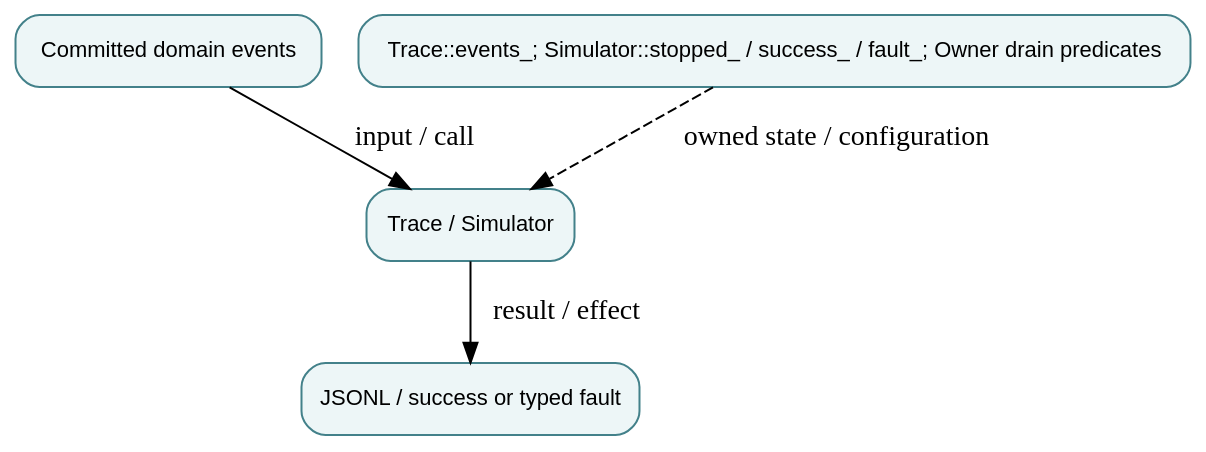
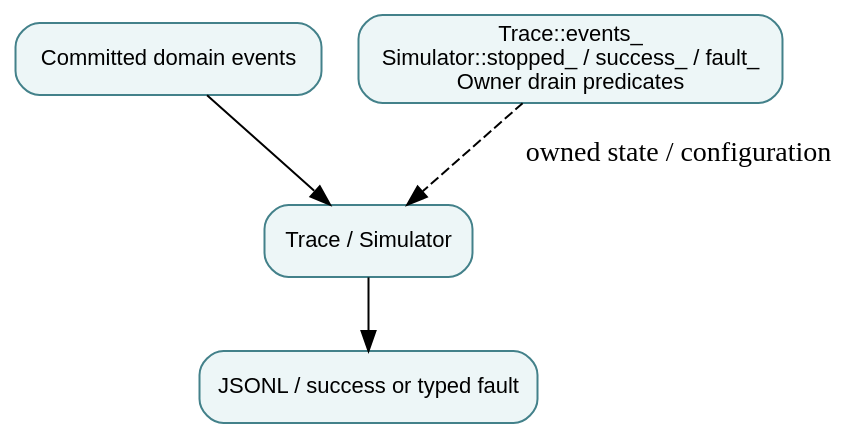
Before and after one commit to qsbit-org/qsbit-sim: the diagram in docs/modules/trace-recorder-and-stop-controller.md, drawn with Graphviz. The commit also changed other lines of this file and 41 other files, not shown here.

````diff
--- a/docs/modules/trace-recorder-and-stop-controller.md
+++ b/docs/modules/trace-recorder-and-stop-controller.md
@@ -17,11 +14,11 @@
 ```{graphviz}
 digraph module {
   rankdir=TB; bgcolor="transparent";
   node [shape=box, style="rounded,filled", fillcolor="#edf6f7", color="#43818a", fontname="sans-serif", fontsize=11];
   input [label="Committed domain events"];
   owner [label="Trace / Simulator"];
-  state [label="Trace::events_; Simulator::stopped_ / success_ / fault_; Owner drain predicates"];
+  state [label="Trace::events_\nSimulator::stopped_ / success_ / fault_\nOwner drain predicates"];
   output [label="JSONL / success or typed fault"];
-  input -> owner [label="input / call"]; owner -> output [label="result / effect"]; state -> owner [style=dashed, label="owned state / configuration"];
+  input -> owner; owner -> output; state -> owner [style=dashed, label="owned state / configuration"];
 }
 ```
````
